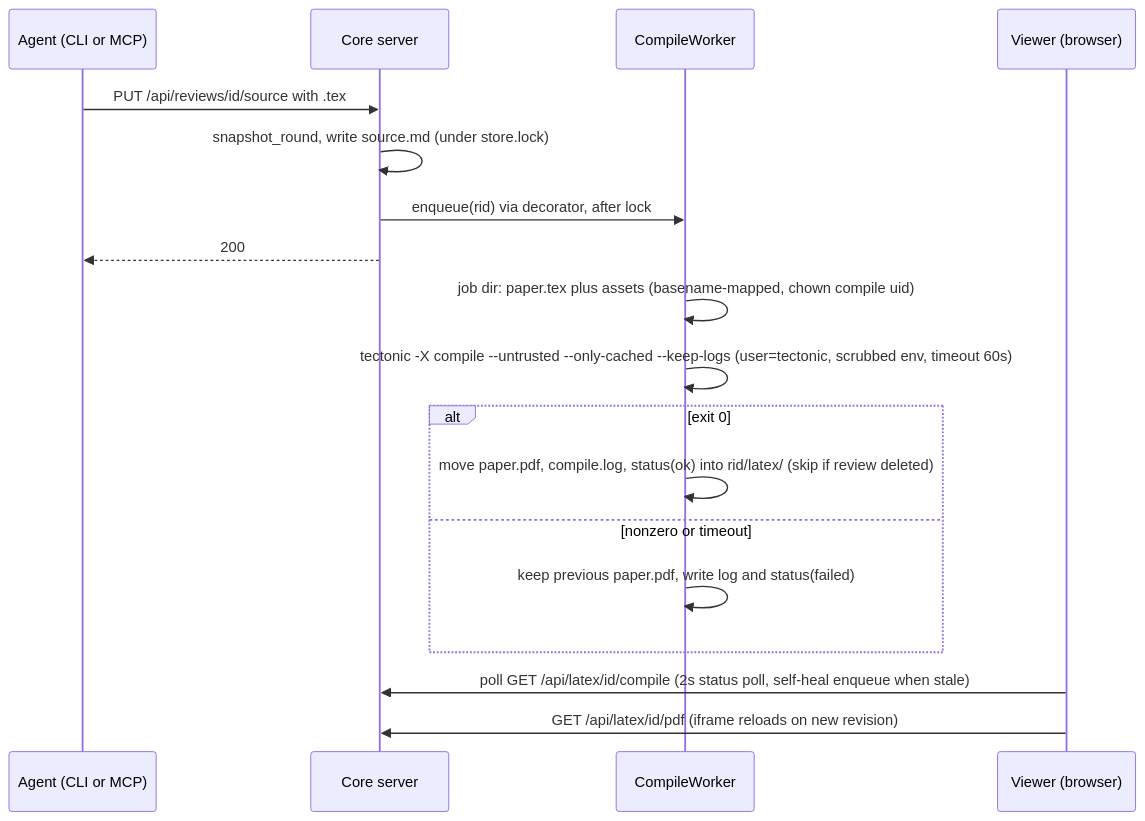
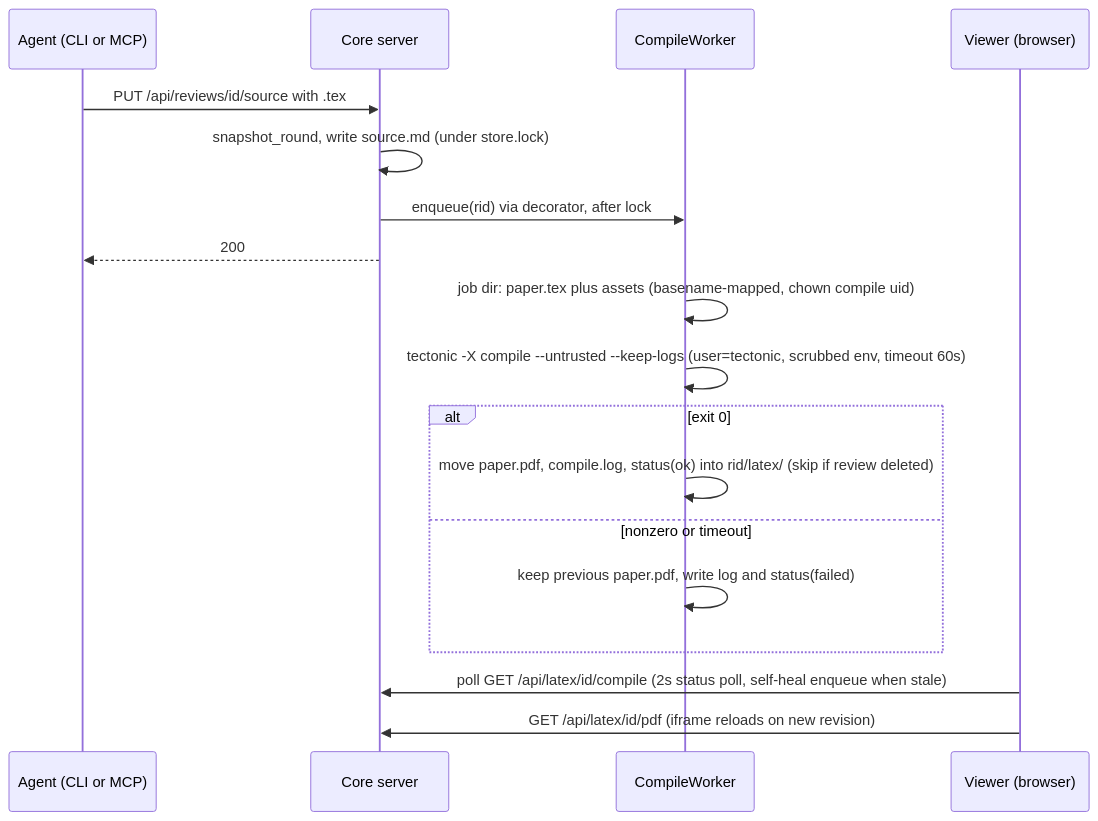
Before and after one commit to waqaskhan137/mdreview-service: the diagram in docs/process/epics/latex-paper-review-plan.md, drawn with Mermaid. The commit also changed other lines of this file and 4 other files, not shown here.

First line of the commit message:
feat(latex): drop --only-cached so arbitrary papers compile (owner decision)

````diff
--- a/docs/process/epics/latex-paper-review-plan.md
+++ b/docs/process/epics/latex-paper-review-plan.md
@@ -134,20 +134,20 @@
 ```mermaid
 sequenceDiagram
     participant A as Agent (CLI or MCP)
     participant S as Core server
     participant W as CompileWorker
     participant V as Viewer (browser)
     A->>S: PUT /api/reviews/id/source with .tex
     S->>S: snapshot_round, write source.md (under store.lock)
     S->>W: enqueue(rid) via decorator, after lock
     S-->>A: 200
     W->>W: job dir: paper.tex plus assets (basename-mapped, chown compile uid)
-    W->>W: tectonic -X compile --untrusted --only-cached --keep-logs (user=tectonic, scrubbed env, timeout 60s)
+    W->>W: tectonic -X compile --untrusted --keep-logs (user=tectonic, scrubbed env, timeout 60s)
     alt exit 0
         W->>W: move paper.pdf, compile.log, status(ok) into rid/latex/ (skip if review deleted)
     else nonzero or timeout
         W->>W: keep previous paper.pdf, write log and status(failed)
     end
     V->>S: poll GET /api/latex/id/compile (2s status poll, self-heal enqueue when stale)
     V->>S: GET /api/latex/id/pdf (iframe reloads on new revision)
 ```
````
